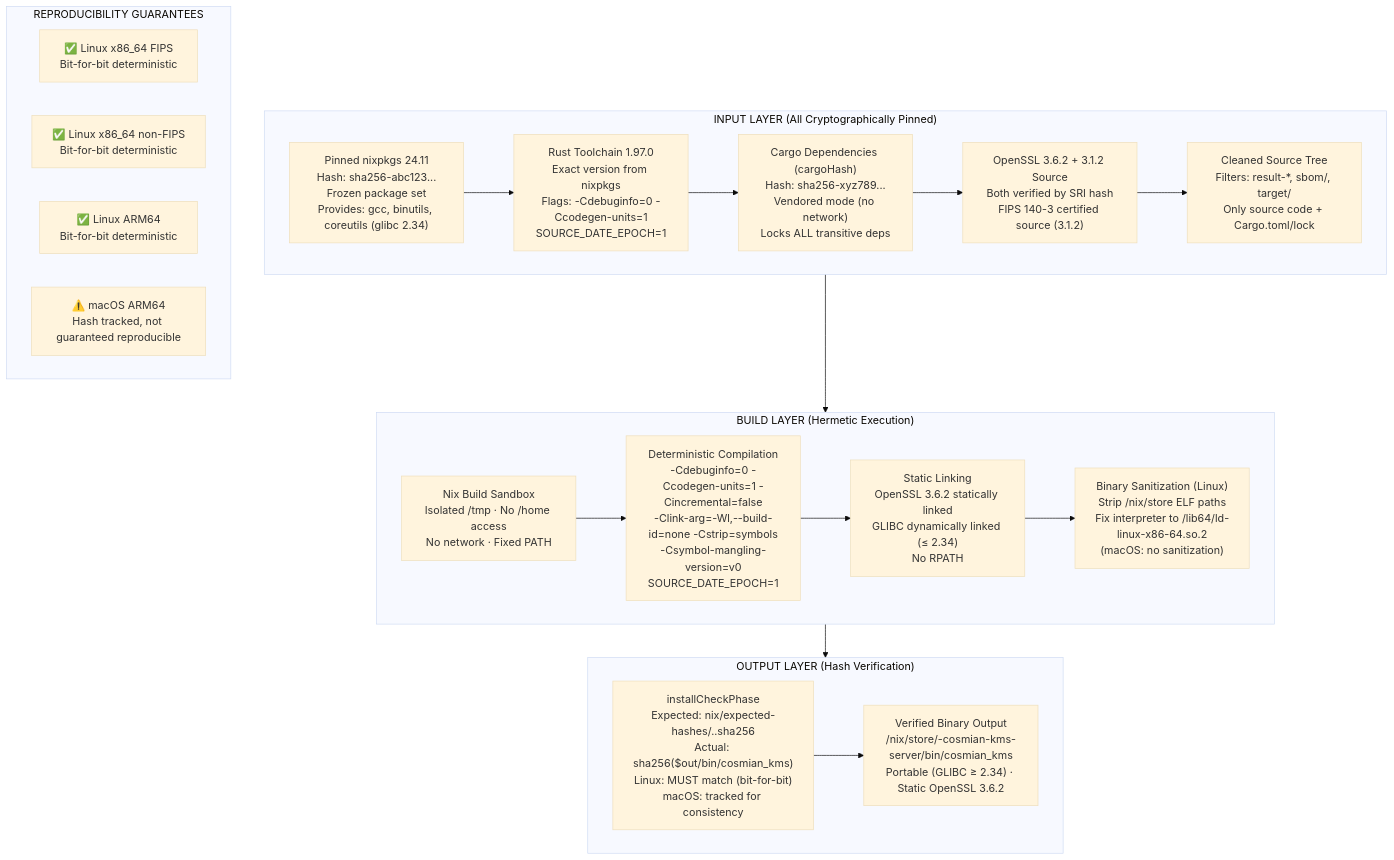
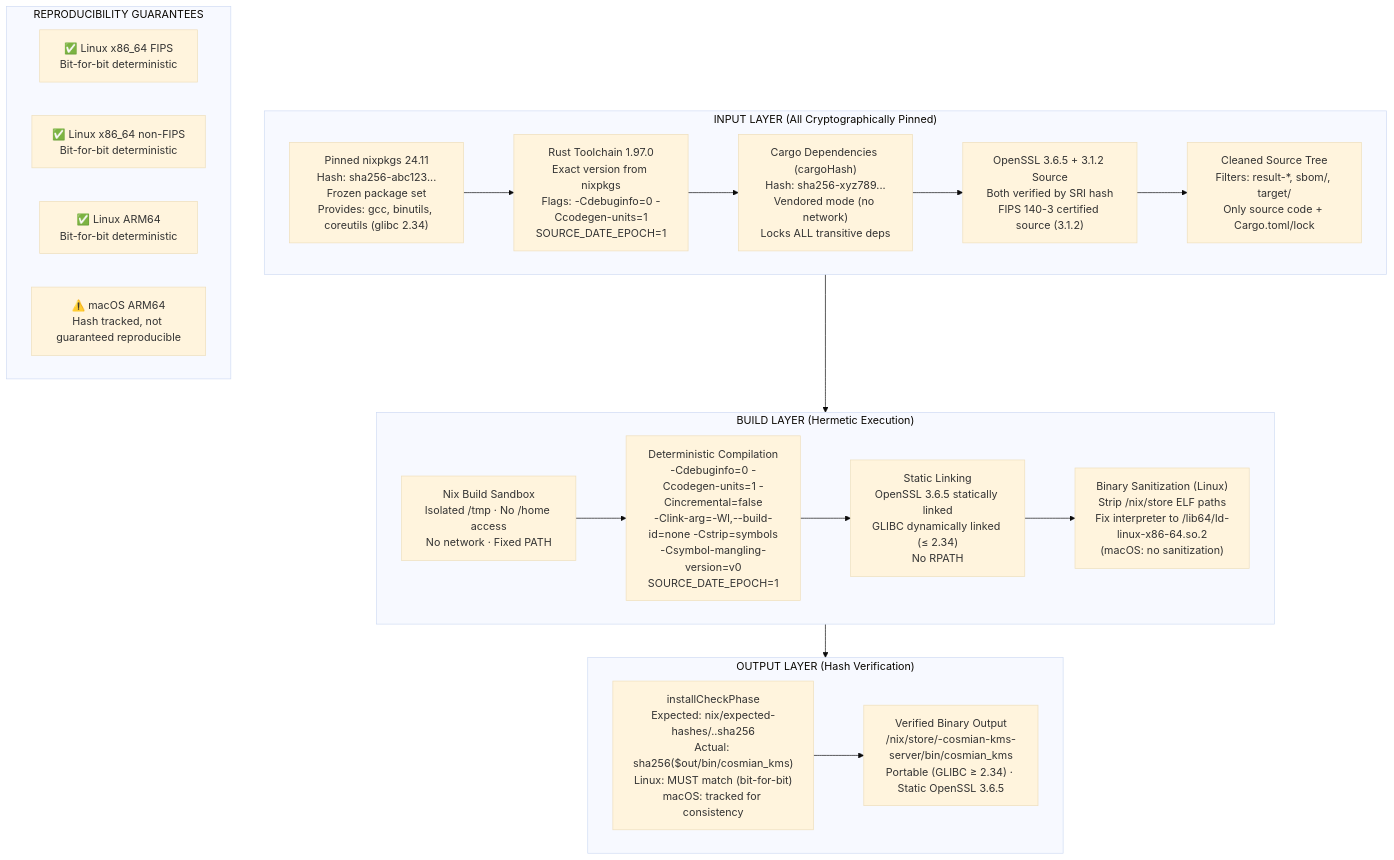
The second of 11 diagrams in nix/README.md (Cosmian/kms), drawn with Mermaid (base theme) before and after one commit. The commit also changed other lines of this file and 45 other files, not shown here.

First line of the commit message:
fix(build): bump statically linked OpenSSL to 3.6.5

````diff
--- a/nix/README.md
+++ b/nix/README.md
@@ -263,31 +263,31 @@
 ```mermaid
 flowchart TB
     subgraph inputs["INPUT LAYER (All Cryptographically Pinned)"]
         nixpkgs["Pinned nixpkgs 24.11<br/>Hash: sha256-abc123...<br/>Frozen package set<br/>Provides: gcc, binutils, coreutils (glibc 2.34)"]
         rust_tc["Rust Toolchain 1.97.0<br/>Exact version from nixpkgs<br/>Flags: -Cdebuginfo=0 -Ccodegen-units=1<br/>SOURCE_DATE_EPOCH=1"]
         cargo_hash["Cargo Dependencies (cargoHash)<br/>Hash: sha256-xyz789...<br/>Vendored mode (no network)<br/>Locks ALL transitive deps"]
-        openssl_src["OpenSSL 3.6.2 + 3.1.2 Source<br/>Both verified by SRI hash<br/>FIPS 140-3 certified source (3.1.2)"]
+        openssl_src["OpenSSL 3.6.5 + 3.1.2 Source<br/>Both verified by SRI hash<br/>FIPS 140-3 certified source (3.1.2)"]
         clean_src["Cleaned Source Tree<br/>Filters: result-*, sbom/, target/<br/>Only source code + Cargo.toml/lock"]
         nixpkgs --> rust_tc --> cargo_hash --> openssl_src --> clean_src
     end
     subgraph build["BUILD LAYER (Hermetic Execution)"]
         sandbox["Nix Build Sandbox<br/>Isolated /tmp · No /home access<br/>No network · Fixed PATH"]
         det_comp["Deterministic Compilation<br/>-Cdebuginfo=0 -Ccodegen-units=1 -Cincremental=false<br/>-Clink-arg=-Wl,--build-id=none -Cstrip=symbols<br/>-Csymbol-mangling-version=v0<br/>SOURCE_DATE_EPOCH=1"]
-        static_link["Static Linking<br/>OpenSSL 3.6.2 statically linked<br/>GLIBC dynamically linked (≤ 2.34)<br/>No RPATH"]
+        static_link["Static Linking<br/>OpenSSL 3.6.5 statically linked<br/>GLIBC dynamically linked (≤ 2.34)<br/>No RPATH"]
         sanitize["Binary Sanitization (Linux)<br/>Strip /nix/store ELF paths<br/>Fix interpreter to /lib64/ld-linux-x86-64.so.2<br/>(macOS: no sanitization)"]
         sandbox --> det_comp --> static_link --> sanitize
     end
     subgraph output["OUTPUT LAYER (Hash Verification)"]
         check_phase["installCheckPhase<br/>Expected: nix/expected-hashes/<variant>.<system>.sha256<br/>Actual: sha256($out/bin/cosmian_kms)<br/>Linux: MUST match (bit-for-bit)<br/>macOS: tracked for consistency"]
-        verified["Verified Binary Output<br/>/nix/store/<hash>-cosmian-kms-server/bin/cosmian_kms<br/>Portable (GLIBC ≥ 2.34) · Static OpenSSL 3.6.2"]
+        verified["Verified Binary Output<br/>/nix/store/<hash>-cosmian-kms-server/bin/cosmian_kms<br/>Portable (GLIBC ≥ 2.34) · Static OpenSSL 3.6.5"]
         check_phase --> verified
     end
     inputs --> build --> output
 
     subgraph guarantees["REPRODUCIBILITY GUARANTEES"]
         linux_fips["✅ Linux x86_64 FIPS<br/>Bit-for-bit deterministic"]
         linux_nf["✅ Linux x86_64 non-FIPS<br/>Bit-for-bit deterministic"]
         linux_arm["✅ Linux ARM64<br/>Bit-for-bit deterministic"]
         macos["⚠️ macOS ARM64<br/>Hash tracked, not guaranteed reproducible"]
     end
 ```
````
